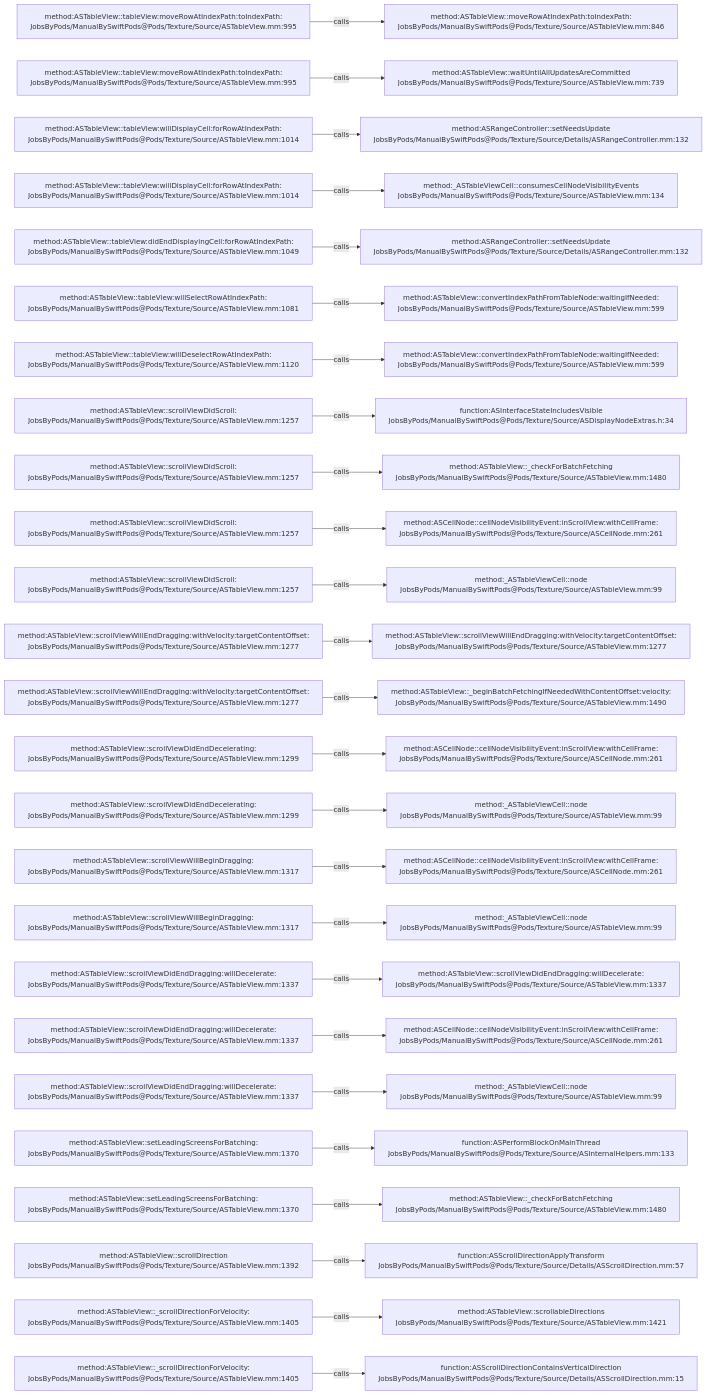
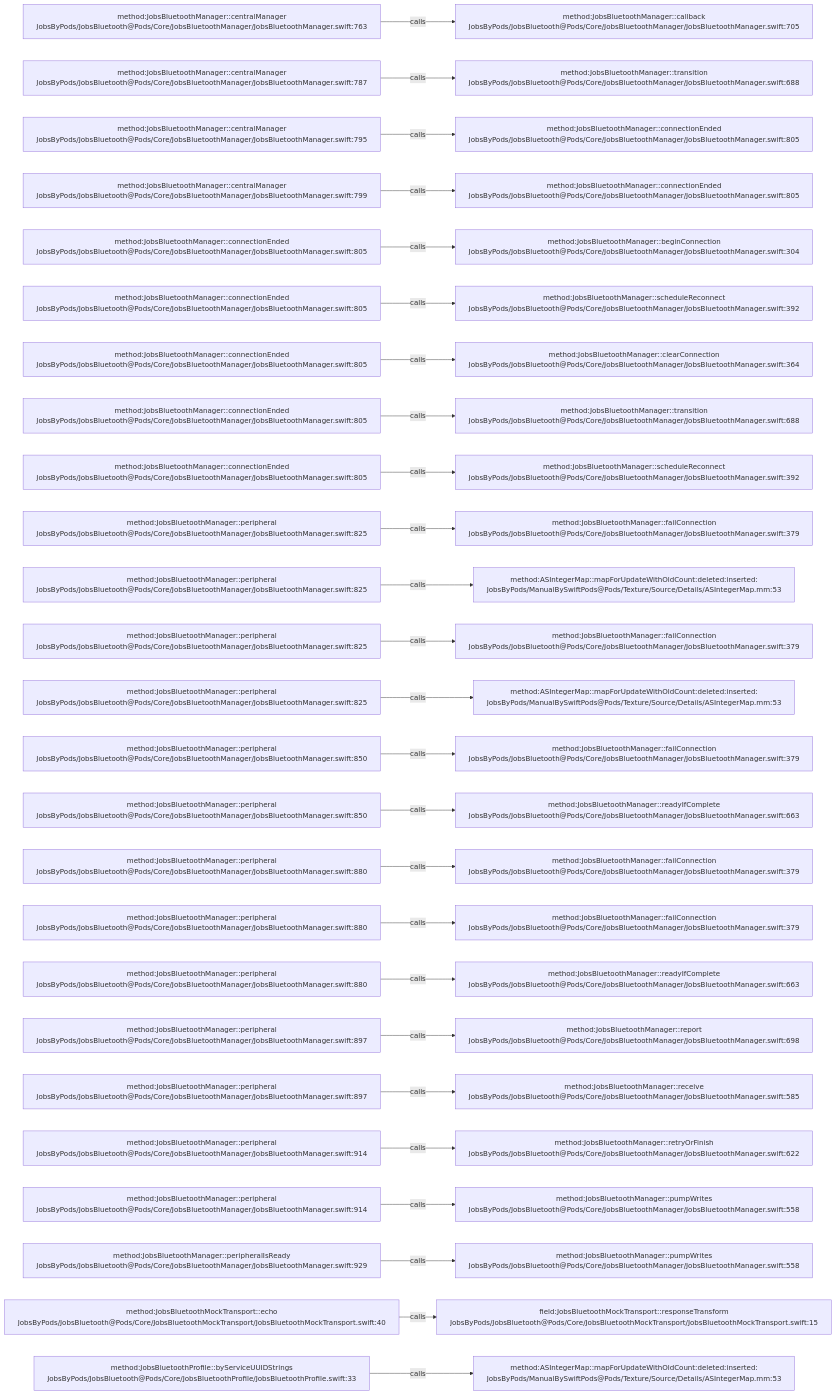
Before and after one commit to JobsKits/JobsSwiftBaseConfigDemo: the diagram in .codegraph/codegraph.md/graphs/calls-061.md, drawn with Mermaid. The commit also changed 224 other files, not shown here.

````diff
--- a/.codegraph/codegraph.md/graphs/calls-061.md
+++ b/.codegraph/codegraph.md/graphs/calls-061.md
@@ -13,78 +13,78 @@
 ```mermaid
 flowchart LR
-  S1["method:ASTableView::tableView:moveRowAtIndexPath:toIndexPath:<br/>JobsByPods/ManualBySwiftPods@Pods/Texture/Source/ASTableView.mm:995"]
-  T1["method:ASTableView::moveRowAtIndexPath:toIndexPath:<br/>JobsByPods/ManualBySwiftPods@Pods/Texture/Source/ASTableView.mm:846"]
+  S1["method:JobsBluetoothManager::centralManager<br/>JobsByPods/JobsBluetooth@Pods/Core/JobsBluetoothManager/JobsBluetoothManager.swift:763"]
+  T1["method:JobsBluetoothManager::callback<br/>JobsByPods/JobsBluetooth@Pods/Core/JobsBluetoothManager/JobsBluetoothManager.swift:705"]
   S1 -->|calls| T1
-  S2["method:ASTableView::tableView:moveRowAtIndexPath:toIndexPath:<br/>JobsByPods/ManualBySwiftPods@Pods/Texture/Source/ASTableView.mm:995"]
-  T2["method:ASTableView::waitUntilAllUpdatesAreCommitted<br/>JobsByPods/ManualBySwiftPods@Pods/Texture/Source/ASTableView.mm:739"]
+  S2["method:JobsBluetoothManager::centralManager<br/>JobsByPods/JobsBluetooth@Pods/Core/JobsBluetoothManager/JobsBluetoothManager.swift:787"]
+  T2["method:JobsBluetoothManager::transition<br/>JobsByPods/JobsBluetooth@Pods/Core/JobsBluetoothManager/JobsBluetoothManager.swift:688"]
   S2 -->|calls| T2
-  S3["method:ASTableView::tableView:willDisplayCell:forRowAtIndexPath:<br/>JobsByPods/ManualBySwiftPods@Pods/Texture/Source/ASTableView.mm:1014"]
-  T3["method:ASRangeController::setNeedsUpdate<br/>JobsByPods/ManualBySwiftPods@Pods/Texture/Source/Details/ASRangeController.mm:132"]
+  S3["method:JobsBluetoothManager::centralManager<br/>JobsByPods/JobsBluetooth@Pods/Core/JobsBluetoothManager/JobsBluetoothManager.swift:795"]
+  T3["method:JobsBluetoothManager::connectionEnded<br/>JobsByPods/JobsBluetooth@Pods/Core/JobsBluetoothManager/JobsBluetoothManager.swift:805"]
   S3 -->|calls| T3
-  S4["method:ASTableView::tableView:willDisplayCell:forRowAtIndexPath:<br/>JobsByPods/ManualBySwiftPods@Pods/Texture/Source/ASTableView.mm:1014"]
-  T4["method:_ASTableViewCell::consumesCellNodeVisibilityEvents<br/>JobsByPods/ManualBySwiftPods@Pods/Texture/Source/ASTableView.mm:134"]
+  S4["method:JobsBluetoothManager::centralManager<br/>JobsByPods/JobsBluetooth@Pods/Core/JobsBluetoothManager/JobsBluetoothManager.swift:799"]
+  T4["method:JobsBluetoothManager::connectionEnded<br/>JobsByPods/JobsBluetooth@Pods/Core/JobsBluetoothManager/JobsBluetoothManager.swift:805"]
   S4 -->|calls| T4
-  S5["method:ASTableView::tableView:didEndDisplayingCell:forRowAtIndexPath:<br/>JobsByPods/ManualBySwiftPods@Pods/Texture/Source/ASTableView.mm:1049"]
-  T5["method:ASRangeController::setNeedsUpdate<br/>JobsByPods/ManualBySwiftPods@Pods/Texture/Source/Details/ASRangeController.mm:132"]
+  S5["method:JobsBluetoothManager::connectionEnded<br/>JobsByPods/JobsBluetooth@Pods/Core/JobsBluetoothManager/JobsBluetoothManager.swift:805"]
+  T5["method:JobsBluetoothManager::beginConnection<br/>JobsByPods/JobsBluetooth@Pods/Core/JobsBluetoothManager/JobsBluetoothManager.swift:304"]
   S5 -->|calls| T5
-  S6["method:ASTableView::tableView:willSelectRowAtIndexPath:<br/>JobsByPods/ManualBySwiftPods@Pods/Texture/Source/ASTableView.mm:1081"]
-  T6["method:ASTableView::convertIndexPathFromTableNode:waitingIfNeeded:<br/>JobsByPods/ManualBySwiftPods@Pods/Texture/Source/ASTableView.mm:599"]
+  S6["method:JobsBluetoothManager::connectionEnded<br/>JobsByPods/JobsBluetooth@Pods/Core/JobsBluetoothManager/JobsBluetoothManager.swift:805"]
+  T6["method:JobsBluetoothManager::scheduleReconnect<br/>JobsByPods/JobsBluetooth@Pods/Core/JobsBluetoothManager/JobsBluetoothManager.swift:392"]
   S6 -->|calls| T6
-  S7["method:ASTableView::tableView:willDeselectRowAtIndexPath:<br/>JobsByPods/ManualBySwiftPods@Pods/Texture/Source/ASTableView.mm:1120"]
-  T7["method:ASTableView::convertIndexPathFromTableNode:waitingIfNeeded:<br/>JobsByPods/ManualBySwiftPods@Pods/Texture/Source/ASTableView.mm:599"]
+  S7["method:JobsBluetoothManager::connectionEnded<br/>JobsByPods/JobsBluetooth@Pods/Core/JobsBluetoothManager/JobsBluetoothManager.swift:805"]
+  T7["method:JobsBluetoothManager::clearConnection<br/>JobsByPods/JobsBluetooth@Pods/Core/JobsBluetoothManager/JobsBluetoothManager.swift:364"]
   S7 -->|calls| T7
-  S8["method:ASTableView::scrollViewDidScroll:<br/>JobsByPods/ManualBySwiftPods@Pods/Texture/Source/ASTableView.mm:1257"]
-  T8["function:ASInterfaceStateIncludesVisible<br/>JobsByPods/ManualBySwiftPods@Pods/Texture/Source/ASDisplayNodeExtras.h:34"]
+  S8["method:JobsBluetoothManager::connectionEnded<br/>JobsByPods/JobsBluetooth@Pods/Core/JobsBluetoothManager/JobsBluetoothManager.swift:805"]
+  T8["method:JobsBluetoothManager::transition<br/>JobsByPods/JobsBluetooth@Pods/Core/JobsBluetoothManager/JobsBluetoothManager.swift:688"]
   S8 -->|calls| T8
-  S9["method:ASTableView::scrollViewDidScroll:<br/>JobsByPods/ManualBySwiftPods@Pods/Texture/Source/ASTableView.mm:1257"]
-  T9["method:ASTableView::_checkForBatchFetching<br/>JobsByPods/ManualBySwiftPods@Pods/Texture/Source/ASTableView.mm:1480"]
+  S9["method:JobsBluetoothManager::connectionEnded<br/>JobsByPods/JobsBluetooth@Pods/Core/JobsBluetoothManager/JobsBluetoothManager.swift:805"]
+  T9["method:JobsBluetoothManager::scheduleReconnect<br/>JobsByPods/JobsBluetooth@Pods/Core/JobsBluetoothManager/JobsBluetoothManager.swift:392"]
   S9 -->|calls| T9
-  S10["method:ASTableView::scrollViewDidScroll:<br/>JobsByPods/ManualBySwiftPods@Pods/Texture/Source/ASTableView.mm:1257"]
-  T10["method:ASCellNode::cellNodeVisibilityEvent:inScrollView:withCellFrame:<br/>JobsByPods/ManualBySwiftPods@Pods/Texture/Source/ASCellNode.mm:261"]
+  S10["method:JobsBluetoothManager::peripheral<br/>JobsByPods/JobsBluetooth@Pods/Core/JobsBluetoothManager/JobsBluetoothManager.swift:825"]
+  T10["method:JobsBluetoothManager::failConnection<br/>JobsByPods/JobsBluetooth@Pods/Core/JobsBluetoothManager/JobsBluetoothManager.swift:379"]
   S10 -->|calls| T10
-  S11["method:ASTableView::scrollViewDidScroll:<br/>JobsByPods/ManualBySwiftPods@Pods/Texture/Source/ASTableView.mm:1257"]
-  T11["method:_ASTableViewCell::node<br/>JobsByPods/ManualBySwiftPods@Pods/Texture/Source/ASTableView.mm:99"]
+  S11["method:JobsBluetoothManager::peripheral<br/>JobsByPods/JobsBluetooth@Pods/Core/JobsBluetoothManager/JobsBluetoothManager.swift:825"]
+  T11["method:ASIntegerMap::mapForUpdateWithOldCount:deleted:inserted:<br/>JobsByPods/ManualBySwiftPods@Pods/Texture/Source/Details/ASIntegerMap.mm:53"]
   S11 -->|calls| T11
-  S12["method:ASTableView::scrollViewWillEndDragging:withVelocity:targetContentOffset:<br/>JobsByPods/ManualBySwiftPods@Pods/Texture/Source/ASTableView.mm:1277"]
-  T12["method:ASTableView::scrollViewWillEndDragging:withVelocity:targetContentOffset:<br/>JobsByPods/ManualBySwiftPods@Pods/Texture/Source/ASTableView.mm:1277"]
+  S12["method:JobsBluetoothManager::peripheral<br/>JobsByPods/JobsBluetooth@Pods/Core/JobsBluetoothManager/JobsBluetoothManager.swift:825"]
+  T12["method:JobsBluetoothManager::failConnection<br/>JobsByPods/JobsBluetooth@Pods/Core/JobsBluetoothManager/JobsBluetoothManager.swift:379"]
   S12 -->|calls| T12
-  S13["method:ASTableView::scrollViewWillEndDragging:withVelocity:targetContentOffset:<br/>JobsByPods/ManualBySwiftPods@Pods/Texture/Source/ASTableView.mm:1277"]
-  T13["method:ASTableView::_beginBatchFetchingIfNeededWithContentOffset:velocity:<br/>JobsByPods/ManualBySwiftPods@Pods/Texture/Source/ASTableView.mm:1490"]
+  S13["method:JobsBluetoothManager::peripheral<br/>JobsByPods/JobsBluetooth@Pods/Core/JobsBluetoothManager/JobsBluetoothManager.swift:825"]
+  T13["method:ASIntegerMap::mapForUpdateWithOldCount:deleted:inserted:<br/>JobsByPods/ManualBySwiftPods@Pods/Texture/Source/Details/ASIntegerMap.mm:53"]
   S13 -->|calls| T13
-  S14["method:ASTableView::scrollViewDidEndDecelerating:<br/>JobsByPods/ManualBySwiftPods@Pods/Texture/Source/ASTableView.mm:1299"]
-  T14["method:ASCellNode::cellNodeVisibilityEvent:inScrollView:withCellFrame:<br/>JobsByPods/ManualBySwiftPods@Pods/Texture/Source/ASCellNode.mm:261"]
+  S14["method:JobsBluetoothManager::peripheral<br/>JobsByPods/JobsBluetooth@Pods/Core/JobsBluetoothManager/JobsBluetoothManager.swift:850"]
+  T14["method:JobsBluetoothManager::failConnection<br/>JobsByPods/JobsBluetooth@Pods/Core/JobsBluetoothManager/JobsBluetoothManager.swift:379"]
   S14 -->|calls| T14
-  S15["method:ASTableView::scrollViewDidEndDecelerating:<br/>JobsByPods/ManualBySwiftPods@Pods/Texture/Source/ASTableView.mm:1299"]
-  T15["method:_ASTableViewCell::node<br/>JobsByPods/ManualBySwiftPods@Pods/Texture/Source/ASTableView.mm:99"]
+  S15["method:JobsBluetoothManager::peripheral<br/>JobsByPods/JobsBluetooth@Pods/Core/JobsBluetoothManager/JobsBluetoothManager.swift:850"]
+  T15["method:JobsBluetoothManager::readyIfComplete<br/>JobsByPods/JobsBluetooth@Pods/Core/JobsBluetoothManager/JobsBluetoothManager.swift:663"]
   S15 -->|calls| T15
-  S16["method:ASTableView::scrollViewWillBeginDragging:<br/>JobsByPods/ManualBySwiftPods@Pods/Texture/Source/ASTableView.mm:1317"]
-  T16["method:ASCellNode::cellNodeVisibilityEvent:inScrollView:withCellFrame:<br/>JobsByPods/ManualBySwiftPods@Pods/Texture/Source/ASCellNode.mm:261"]
+  S16["method:JobsBluetoothManager::peripheral<br/>JobsByPods/JobsBluetooth@Pods/Core/JobsBluetoothManager/JobsBluetoothManager.swift:880"]
+  T16["method:JobsBluetoothManager::failConnection<br/>JobsByPods/JobsBluetooth@Pods/Core/JobsBluetoothManager/JobsBluetoothManager.swift:379"]
   S16 -->|calls| T16
-  S17["method:ASTableView::scrollViewWillBeginDragging:<br/>JobsByPods/ManualBySwiftPods@Pods/Texture/Source/ASTableView.mm:1317"]
-  T17["method:_ASTableViewCell::node<br/>JobsByPods/ManualBySwiftPods@Pods/Texture/Source/ASTableView.mm:99"]
+  S17["method:JobsBluetoothManager::peripheral<br/>JobsByPods/JobsBluetooth@Pods/Core/JobsBluetoothManager/JobsBluetoothManager.swift:880"]
+  T17["method:JobsBluetoothManager::failConnection<br/>JobsByPods/JobsBluetooth@Pods/Core/JobsBluetoothManager/JobsBluetoothManager.swift:379"]
   S17 -->|calls| T17
-  S18["method:ASTableView::scrollViewDidEndDragging:willDecelerate:<br/>JobsByPods/ManualBySwiftPods@Pods/Texture/Source/ASTableView.mm:1337"]
-  T18["method:ASTableView::scrollViewDidEndDragging:willDecelerate:<br/>JobsByPods/ManualBySwiftPods@Pods/Texture/Source/ASTableView.mm:1337"]
+  S18["method:JobsBluetoothManager::peripheral<br/>JobsByPods/JobsBluetooth@Pods/Core/JobsBluetoothManager/JobsBluetoothManager.swift:880"]
+  T18["method:JobsBluetoothManager::readyIfComplete<br/>JobsByPods/JobsBluetooth@Pods/Core/JobsBluetoothManager/JobsBluetoothManager.swift:663"]
   S18 -->|calls| T18
-  S19["method:ASTableView::scrollViewDidEndDragging:willDecelerate:<br/>JobsByPods/ManualBySwiftPods@Pods/Texture/Source/ASTableView.mm:1337"]
-  T19["method:ASCellNode::cellNodeVisibilityEvent:inScrollView:withCellFrame:<br/>JobsByPods/ManualBySwiftPods@Pods/Texture/Source/ASCellNode.mm:261"]
+  S19["method:JobsBluetoothManager::peripheral<br/>JobsByPods/JobsBluetooth@Pods/Core/JobsBluetoothManager/JobsBluetoothManager.swift:897"]
+  T19["method:JobsBluetoothManager::report<br/>JobsByPods/JobsBluetooth@Pods/Core/JobsBluetoothManager/JobsBluetoothManager.swift:698"]
   S19 -->|calls| T19
-  S20["method:ASTableView::scrollViewDidEndDragging:willDecelerate:<br/>JobsByPods/ManualBySwiftPods@Pods/Texture/Source/ASTableView.mm:1337"]
-  T20["method:_ASTableViewCell::node<br/>JobsByPods/ManualBySwiftPods@Pods/Texture/Source/ASTableView.mm:99"]
+  S20["method:JobsBluetoothManager::peripheral<br/>JobsByPods/JobsBluetooth@Pods/Core/JobsBluetoothManager/JobsBluetoothManager.swift:897"]
+  T20["method:JobsBluetoothManager::receive<br/>JobsByPods/JobsBluetooth@Pods/Core/JobsBluetoothManager/JobsBluetoothManager.swift:585"]
   S20 -->|calls| T20
-  S21["method:ASTableView::setLeadingScreensForBatching:<br/>JobsByPods/ManualBySwiftPods@Pods/Texture/Source/ASTableView.mm:1370"]
-  T21["function:ASPerformBlockOnMainThread<br/>JobsByPods/ManualBySwiftPods@Pods/Texture/Source/ASInternalHelpers.mm:133"]
+  S21["method:JobsBluetoothManager::peripheral<br/>JobsByPods/JobsBluetooth@Pods/Core/JobsBluetoothManager/JobsBluetoothManager.swift:914"]
+  T21["method:JobsBluetoothManager::retryOrFinish<br/>JobsByPods/JobsBluetooth@Pods/Core/JobsBluetoothManager/JobsBluetoothManager.swift:622"]
   S21 -->|calls| T21
-  S22["method:ASTableView::setLeadingScreensForBatching:<br/>JobsByPods/ManualBySwiftPods@Pods/Texture/Source/ASTableView.mm:1370"]
-  T22["method:ASTableView::_checkForBatchFetching<br/>JobsByPods/ManualBySwiftPods@Pods/Texture/Source/ASTableView.mm:1480"]
+  S22["method:JobsBluetoothManager::peripheral<br/>JobsByPods/JobsBluetooth@Pods/Core/JobsBluetoothManager/JobsBluetoothManager.swift:914"]
+  T22["method:JobsBluetoothManager::pumpWrites<br/>JobsByPods/JobsBluetooth@Pods/Core/JobsBluetoothManager/JobsBluetoothManager.swift:558"]
   S22 -->|calls| T22
-  S23["method:ASTableView::scrollDirection<br/>JobsByPods/ManualBySwiftPods@Pods/Texture/Source/ASTableView.mm:1392"]
-  T23["function:ASScrollDirectionApplyTransform<br/>JobsByPods/ManualBySwiftPods@Pods/Texture/Source/Details/ASScrollDirection.mm:57"]
+  S23["method:JobsBluetoothManager::peripheralIsReady<br/>JobsByPods/JobsBluetooth@Pods/Core/JobsBluetoothManager/JobsBluetoothManager.swift:929"]
+  T23["method:JobsBluetoothManager::pumpWrites<br/>JobsByPods/JobsBluetooth@Pods/Core/JobsBluetoothManager/JobsBluetoothManager.swift:558"]
   S23 -->|calls| T23
-  S24["method:ASTableView::_scrollDirectionForVelocity:<br/>JobsByPods/ManualBySwiftPods@Pods/Texture/Source/ASTableView.mm:1405"]
-  T24["method:ASTableView::scrollableDirections<br/>JobsByPods/ManualBySwiftPods@Pods/Texture/Source/ASTableView.mm:1421"]
+  S24["method:JobsBluetoothMockTransport::echo<br/>JobsByPods/JobsBluetooth@Pods/Core/JobsBluetoothMockTransport/JobsBluetoothMockTransport.swift:40"]
+  T24["field:JobsBluetoothMockTransport::responseTransform<br/>JobsByPods/JobsBluetooth@Pods/Core/JobsBluetoothMockTransport/JobsBluetoothMockTransport.swift:15"]
   S24 -->|calls| T24
-  S25["method:ASTableView::_scrollDirectionForVelocity:<br/>JobsByPods/ManualBySwiftPods@Pods/Texture/Source/ASTableView.mm:1405"]
-  T25["function:ASScrollDirectionContainsVerticalDirection<br/>JobsByPods/ManualBySwiftPods@Pods/Texture/Source/Details/ASScrollDirection.mm:15"]
+  S25["method:JobsBluetoothProfile::byServiceUUIDStrings<br/>JobsByPods/JobsBluetooth@Pods/Core/JobsBluetoothProfile/JobsBluetoothProfile.swift:33"]
+  T25["method:ASIntegerMap::mapForUpdateWithOldCount:deleted:inserted:<br/>JobsByPods/ManualBySwiftPods@Pods/Texture/Source/Details/ASIntegerMap.mm:53"]
   S25 -->|calls| T25
 ```
````
